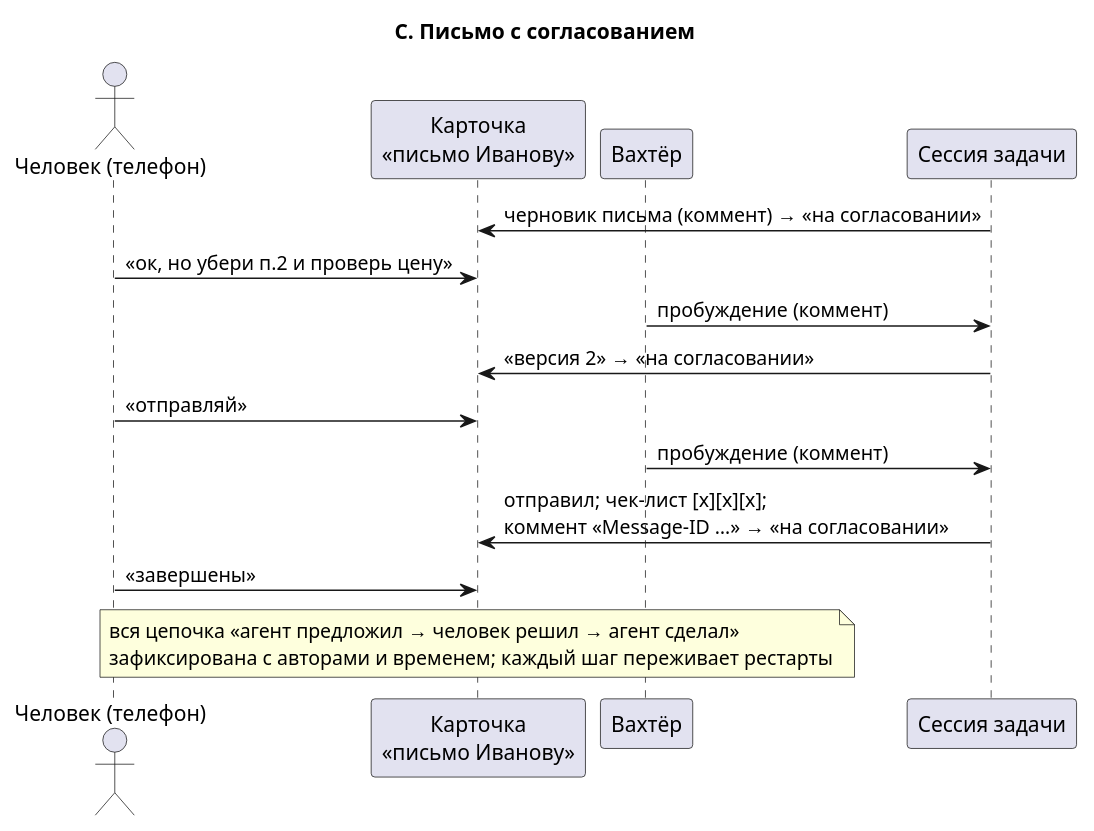
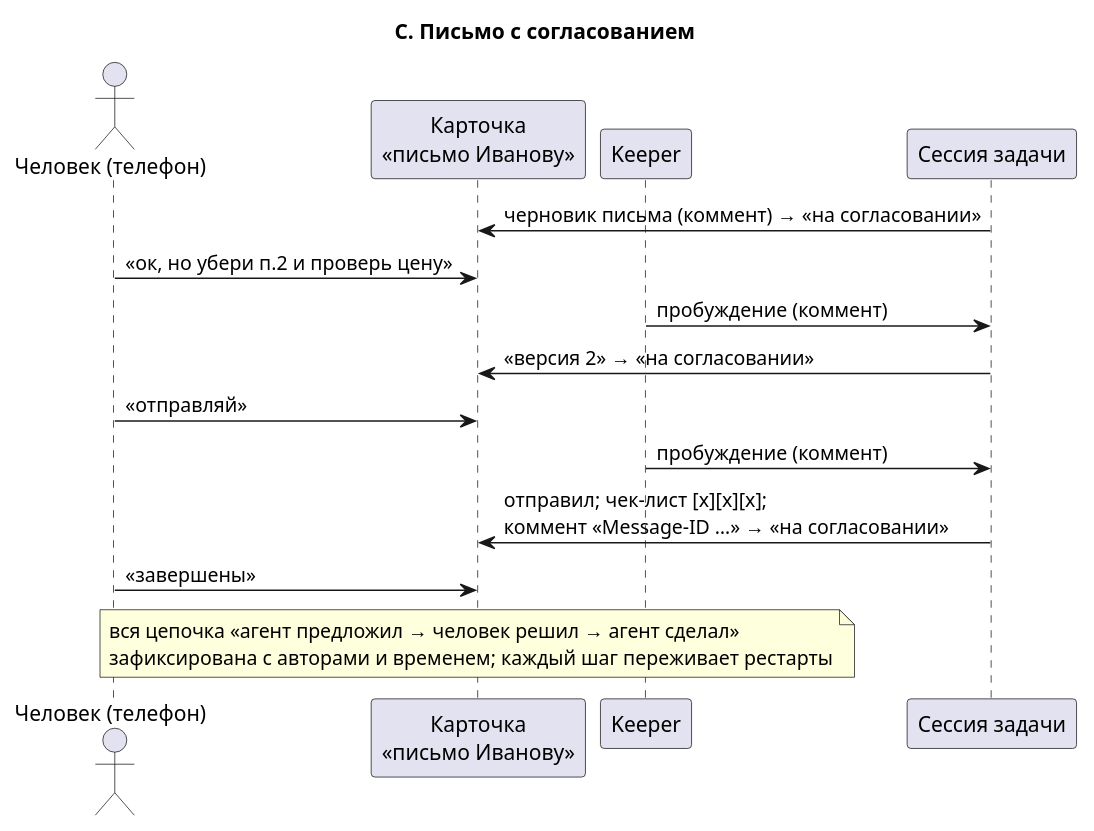
One commit to BotoVed/pi-kan changed the third of 4 diagrams in docs/SEQUENCES.md. Above: the diagram before and after it, drawn with PlantUML. The commit also changed other lines of this file and 12 other files, not shown here.

Commit message:
refactor: вахтёр → keeper (хранитель); фиксы автоцикла/429/spawn; systemd-юнит kan-keeper

````diff
--- a/docs/SEQUENCES.md
+++ b/docs/SEQUENCES.md
@@ -73,19 +73,19 @@
 ```plantuml
 @startuml
 title C. Письмо с согласованием
 actor "Человек (телефон)" as U
 participant "Карточка\n«письмо Иванову»" as B
-participant "Вахтёр" as W
+participant "Keeper" as W
 participant "Сессия задачи" as A
 
 A -> B : черновик письма (коммент) → «на согласовании»
 U -> B : «ок, но убери п.2 и проверь цену»
 W -> A : пробуждение (коммент)
 A -> B : «версия 2» → «на согласовании»
 U -> B : «отправляй»
 W -> A : пробуждение (коммент)
 A -> B : отправил; чек-лист [x][x][x];\nкоммент «Message-ID …» → «на согласовании»
 U -> B : «завершены»
 note over B : вся цепочка «агент предложил → человек решил → агент сделал»\nзафиксирована с авторами и временем; каждый шаг переживает рестарты
 @enduml
 ```
````
